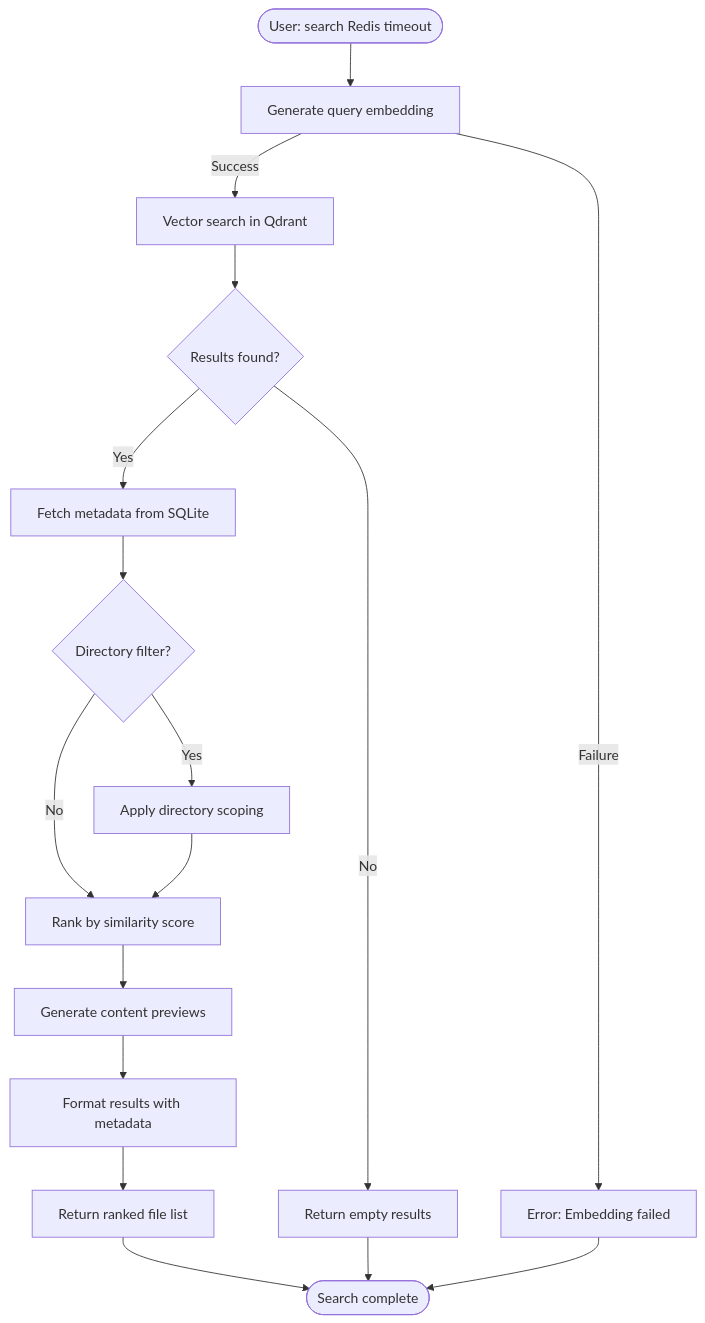
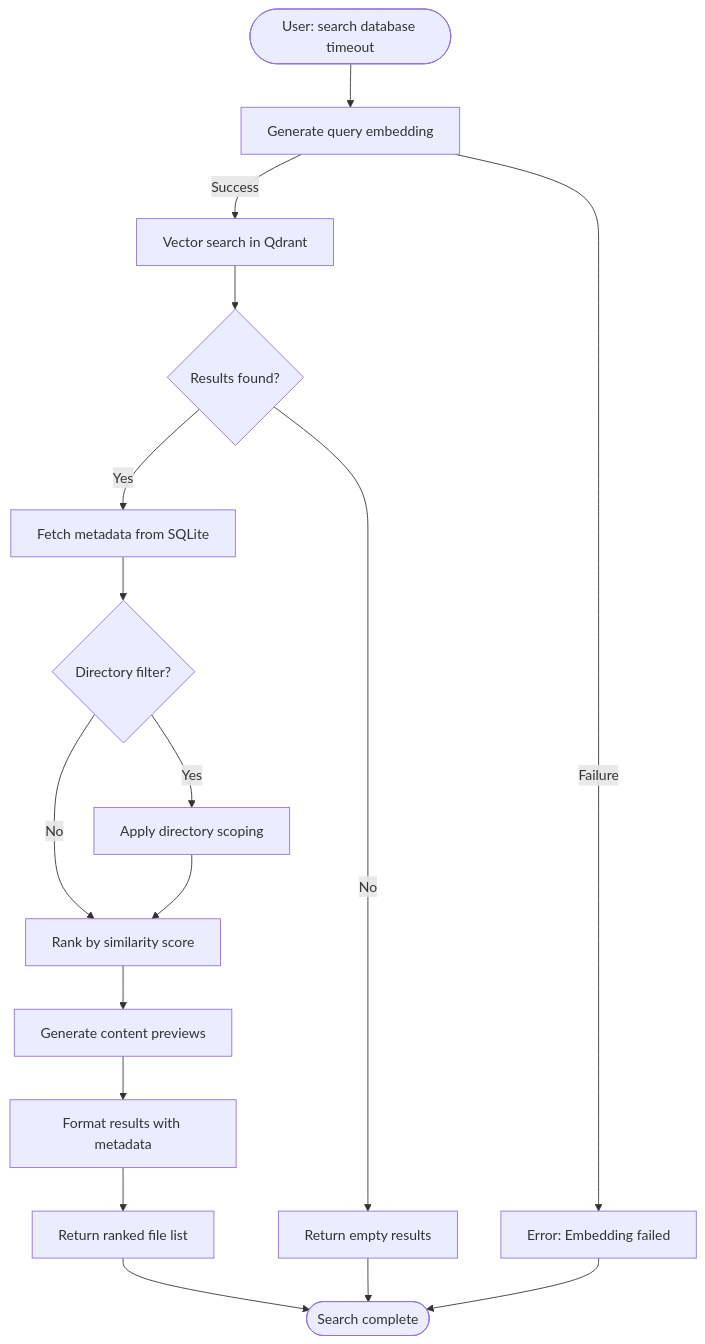
Before and after one commit to peteretelej/directory-indexer: the fifth of 9 diagrams in docs/designs/flows.md, drawn with Mermaid. The commit also changed other lines of this file and 7 other files, not shown here.

````diff
--- a/docs/designs/flows.md
+++ b/docs/designs/flows.md
@@ -132,23 +151,23 @@
 ```mermaid
 flowchart TD
-    START([User: search Redis timeout]) --> EMBED[Generate query embedding]
+    START([User: search database timeout]) --> EMBED[Generate query embedding]
     EMBED -->|Success| SEARCH[Vector search in Qdrant]
     EMBED -->|Failure| ERROR[Error: Embedding failed]
     
     SEARCH --> RESULTS{Results found?}
     RESULTS -->|No| EMPTY[Return empty results]
     RESULTS -->|Yes| ENRICH[Fetch metadata from SQLite]
     
     ENRICH --> FILTER{Directory filter?}
     FILTER -->|Yes| SCOPE[Apply directory scoping]
     FILTER -->|No| RANK[Rank by similarity score]
     
     SCOPE --> RANK
     RANK --> PREVIEW[Generate content previews]
     PREVIEW --> FORMAT[Format results with metadata]
     FORMAT --> RETURN[Return ranked file list]
     
     RETURN --> END([Search complete])
     EMPTY --> END
     ERROR --> END
 ```
````
